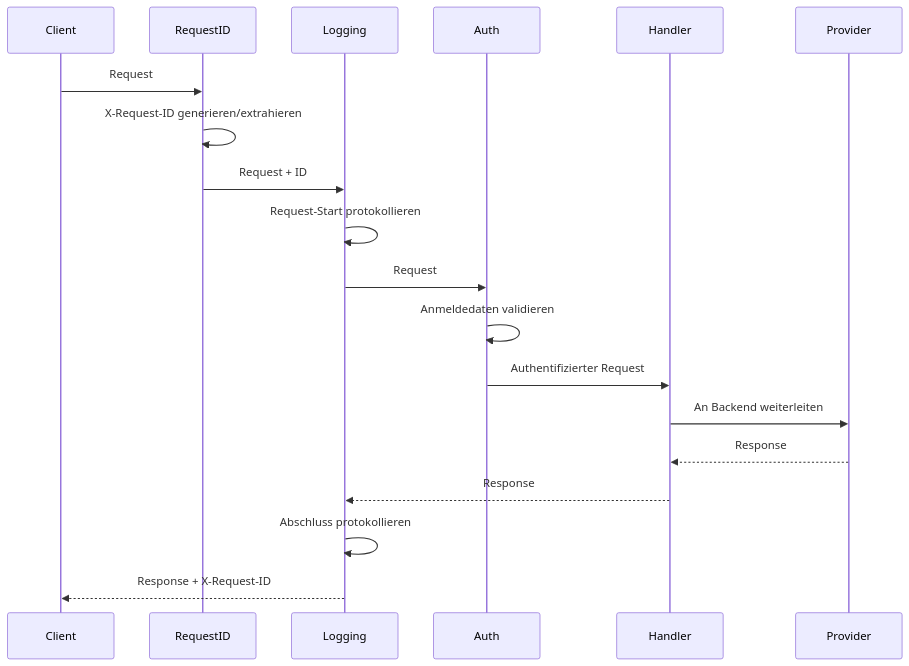
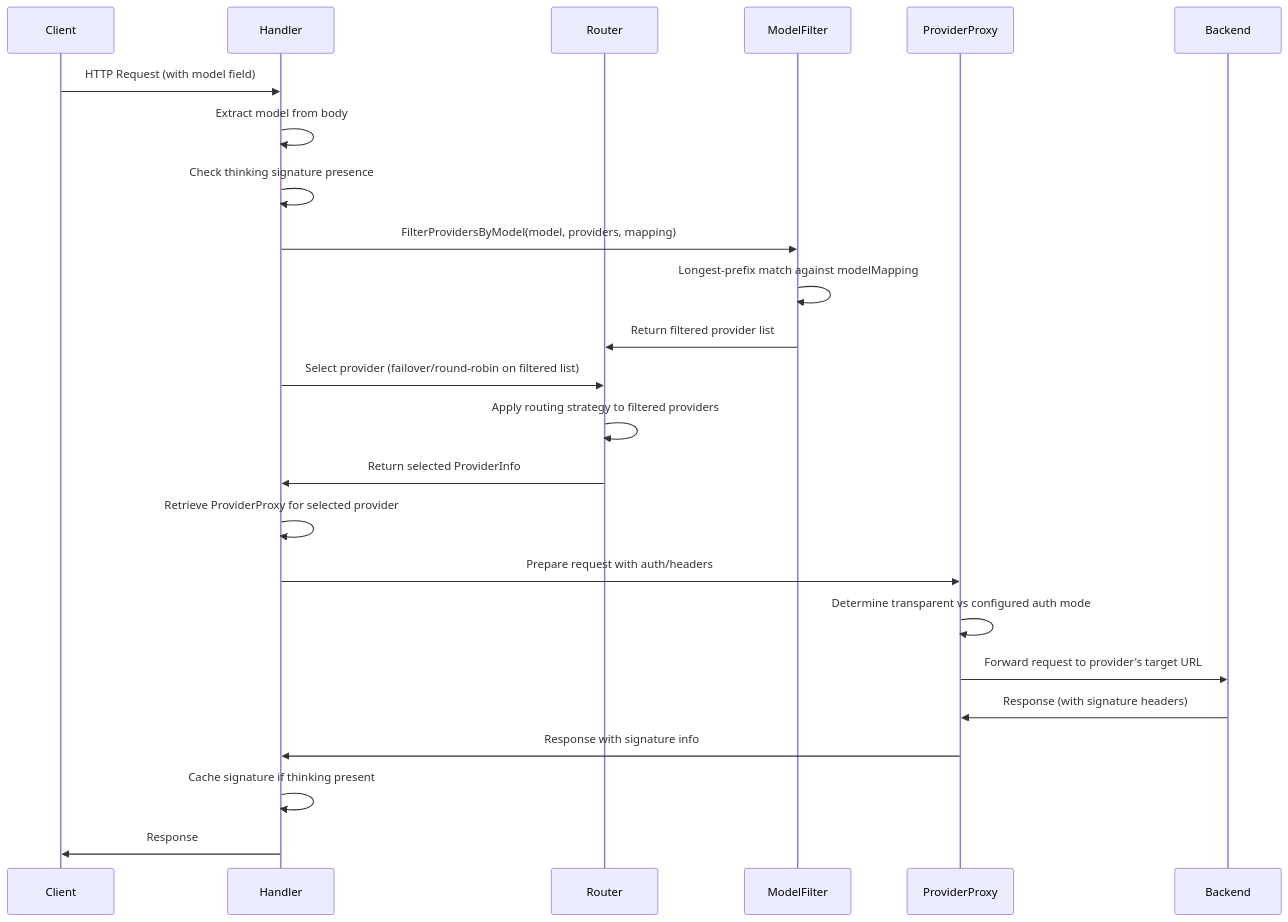
The second of 5 diagrams in docs-site/content/de/docs/architecture.md (omarluq/cc-relay), drawn with Mermaid before and after one commit. The commit also changed other lines of this file and 5 other files, not shown here.

First line of the commit message:
docs: rewrite architecture docs with multi-provider support

````diff
--- a/docs-site/content/de/docs/architecture.md
+++ b/docs-site/content/de/docs/architecture.md
@@ -78,22 +140,28 @@
 ```mermaid
 sequenceDiagram
     participant Client
-    participant RequestID
-    participant Logging
-    participant Auth
     participant Handler
-    participant Provider
+    participant Router
+    participant ModelFilter
+    participant ProviderProxy
+    participant Backend
 
-    Client->>RequestID: Request
-    RequestID->>RequestID: X-Request-ID generieren/extrahieren
-    RequestID->>Logging: Request + ID
-    Logging->>Logging: Request-Start protokollieren
-    Logging->>Auth: Request
-    Auth->>Auth: Anmeldedaten validieren
-    Auth->>Handler: Authentifizierter Request
-    Handler->>Provider: An Backend weiterleiten
-    Provider-->>Handler: Response
-    Handler-->>Logging: Response
-    Logging->>Logging: Abschluss protokollieren
-    Logging-->>Client: Response + X-Request-ID
+    Client->>Handler: HTTP Request (with model field)
+    Handler->>Handler: Extract model from body
+    Handler->>Handler: Check thinking signature presence
+    Handler->>ModelFilter: FilterProvidersByModel(model, providers, mapping)
+    ModelFilter->>ModelFilter: Longest-prefix match against modelMapping
+    ModelFilter->>Router: Return filtered provider list
+    Handler->>Router: Select provider (failover/round-robin on filtered list)
+    Router->>Router: Apply routing strategy to filtered providers
+    Router->>Handler: Return selected ProviderInfo
+
+    Handler->>Handler: Retrieve ProviderProxy for selected provider
+    Handler->>ProviderProxy: Prepare request with auth/headers
+    ProviderProxy->>ProviderProxy: Determine transparent vs configured auth mode
+    ProviderProxy->>Backend: Forward request to provider's target URL
+    Backend->>ProviderProxy: Response (with signature headers)
+    ProviderProxy->>Handler: Response with signature info
+    Handler->>Handler: Cache signature if thinking present
+    Handler->>Client: Response
 ```
````
